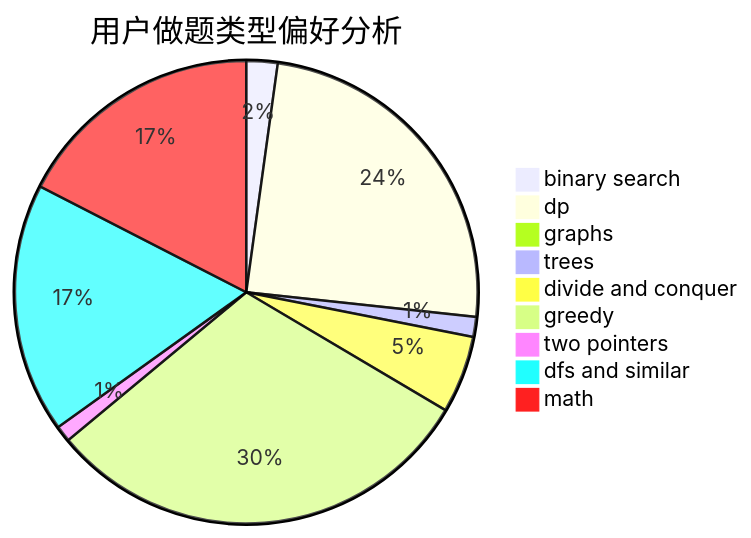
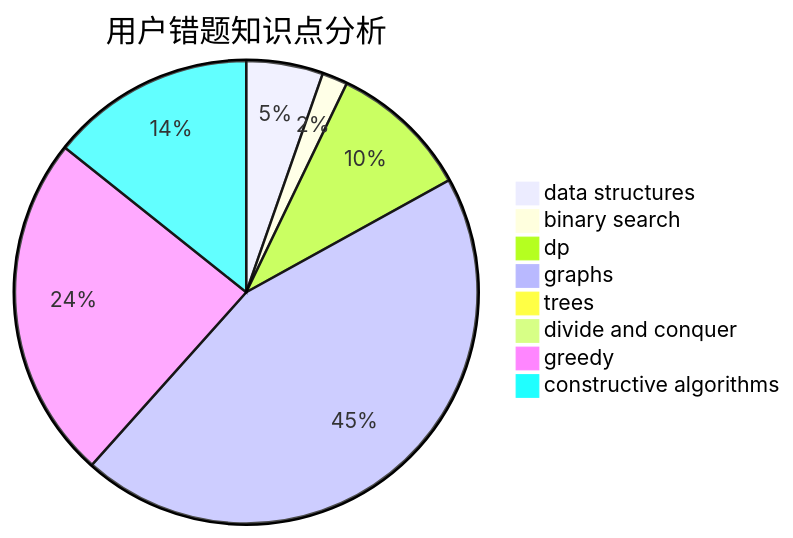
Before and after one commit to sherpahu/cfrs.github.io: the third of 3 diagrams in docs/user/u1521.md, drawn with Mermaid. The commit also changed other lines of this file and 2775 other files, not shown here.

````diff
--- a/docs/user/u1521.md
+++ b/docs/user/u1521.md
@@ -23,12 +36,11 @@
 ```mermaid
-pie title 用户做题类型偏好分析
-    "binary search" :  25
-    "dp" :  281
-    "graphs" :  11
-    "trees" :  16
-    "divide and conquer" :  62
-    "greedy" :  349
-    "two pointers" :  13
-    "dfs and similar" :  200
-    "math" :  200
+pie title 用户错题知识点分析
+    "data structures" :  6
+    "binary search" :  2
+    "dp" :  11
+    "graphs" :  50
+    "trees" :  0
+    "divide and conquer" :  0
+    "greedy" :  27
+    "constructive algorithms" :  16
 ```
````
